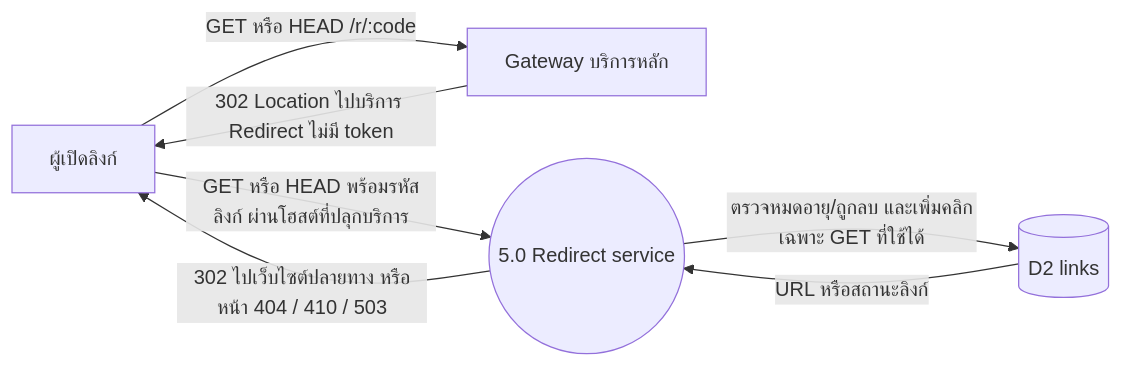
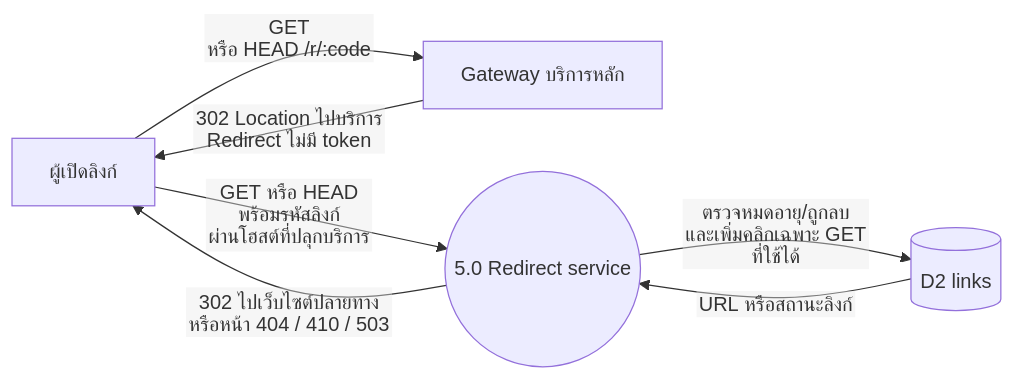
Before and after one commit to Nawaphon05/Short-Url: the third of 3 diagrams in docs/DFD.md, drawn with Mermaid. The commit also changed other lines of this file and 1 other file, not shown here.

Commit message:
แก้ข้อความถูกตัดในแผนภาพ DFD และ Architecture

````diff
--- a/docs/DFD.md
+++ b/docs/DFD.md
@@ -111,9 +112,10 @@
 ```mermaid
+%%{init: {"flowchart": {"htmlLabels": false}}}%%
 flowchart LR
-    V["ผู้เปิดลิงก์"] -->|"GET หรือ HEAD /r/:code"| G["Gateway บริการหลัก"]
-    G -->|"302 Location ไปบริการ Redirect ไม่มี token"| V
-    V -->|"GET หรือ HEAD พร้อมรหัสลิงก์ ผ่านโฮสต์ที่ปลุกบริการ"| P5(("5.0 Redirect service"))
-    P5 -->|"ตรวจหมดอายุ/ถูกลบ และเพิ่มคลิกเฉพาะ GET ที่ใช้ได้"| D2[("D2 links")]
+    V["ผู้เปิดลิงก์"] -->|"GET<br/>หรือ HEAD /r/:code"| G["Gateway บริการหลัก"]
+    G -->|"302 Location ไปบริการ<br/>Redirect ไม่มี token"| V
+    V -->|"GET หรือ HEAD<br/>พร้อมรหัสลิงก์<br/>ผ่านโฮสต์ที่ปลุกบริการ"| P5(("5.0 Redirect service"))
+    P5 -->|"ตรวจหมดอายุ/ถูกลบ<br/>และเพิ่มคลิกเฉพาะ GET<br/>ที่ใช้ได้"| D2[("D2 links")]
     D2 -->|"URL หรือสถานะลิงก์"| P5
-    P5 -->|"302 ไปเว็บไซต์ปลายทาง หรือหน้า 404 / 410 / 503"| V
+    P5 -->|"302 ไปเว็บไซต์ปลายทาง<br/>หรือหน้า 404 / 410 / 503"| V
 ```
````
